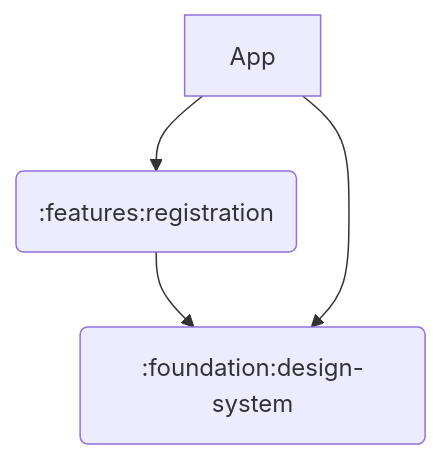
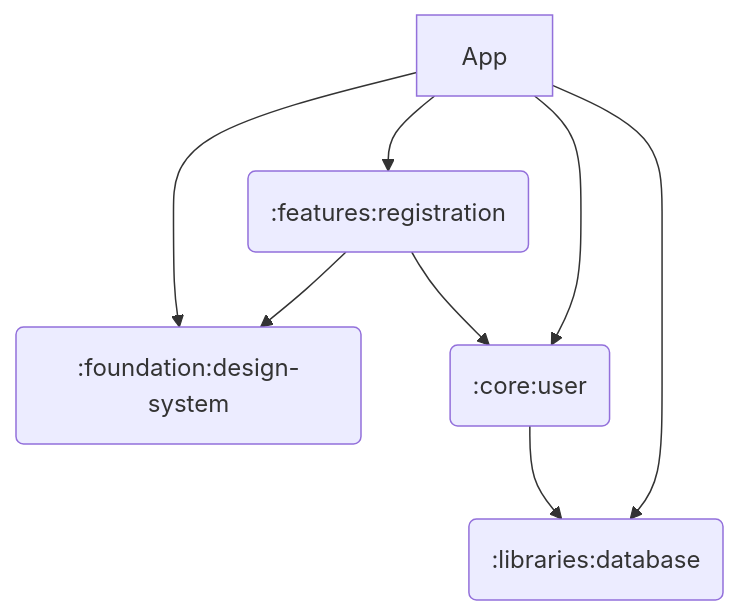
Before and after one commit to jorgecastrejon/budget-tracker: the diagram in README.md, drawn with Mermaid. The commit also changed other lines of this file and 21 other files, not shown here.

````diff
--- a/README.md
+++ b/README.md
@@ -26,6 +30,10 @@
 ```mermaid
 graph TD
     A[App] --> B(:features:registration)
     B --> C(:foundation:design-system)
     A --> C
+    A --> D(:core:user)
+    A --> E(:libraries:database)
+    D --> E
+    B --> D
 ```
````
